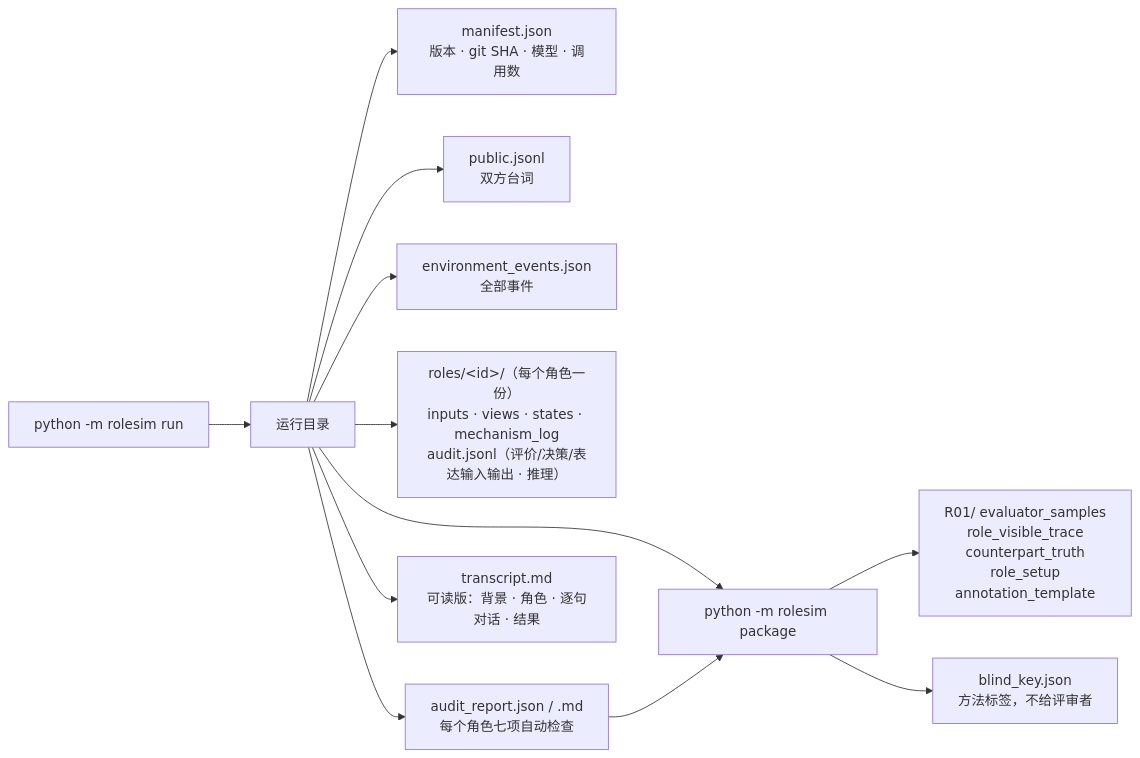
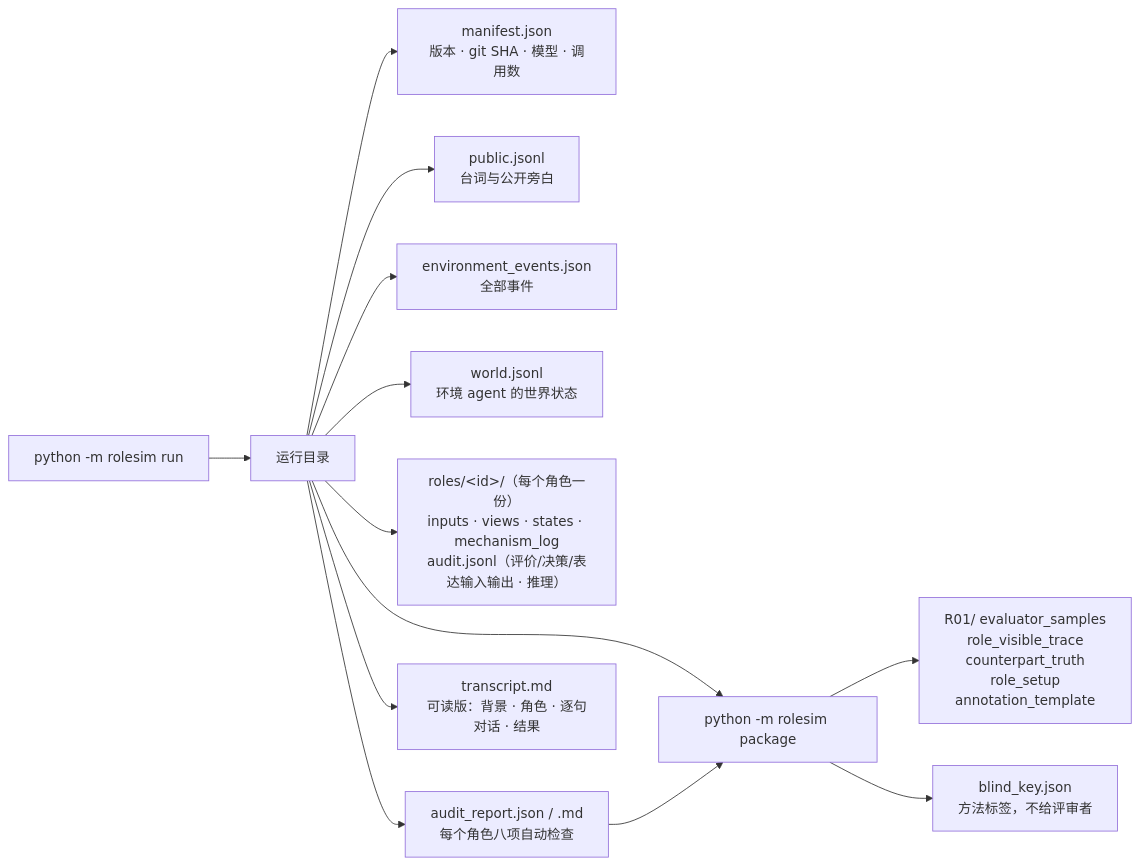
The fifth of 5 diagrams in docs/07-architecture.md (piersalei/RoleSimulationFramework), drawn with Mermaid before and after one commit. The commit also changed other lines of this file and 25 other files, not shown here.

````diff
--- a/docs/07-architecture.md
+++ b/docs/07-architecture.md
@@ -230,14 +238,15 @@
 ```mermaid
 flowchart LR
   RUNX["python -m rolesim run"] --> D["运行目录"]
   D --> F1["manifest.json<br/>版本 · git SHA · 模型 · 调用数"]
-  D --> F6["public.jsonl<br/>双方台词"]
+  D --> F6["public.jsonl<br/>台词与公开旁白"]
   D --> F7["environment_events.json<br/>全部事件"]
+  D --> F8["world.jsonl<br/>环境 agent 的世界状态"]
   D --> RD["roles/&lt;id&gt;/（每个角色一份）<br/>inputs · views · states · mechanism_log<br/>audit.jsonl（评价/决策/表达输入输出 · 推理）"]
-  D --> AR["audit_report.json / .md<br/>每个角色七项自动检查"]
+  D --> AR["audit_report.json / .md<br/>每个角色八项自动检查"]
   D --> TR["transcript.md<br/>可读版：背景 · 角色 · 逐句对话 · 结果"]
   D --> PK["python -m rolesim package"]
   AR --> PK
   PK --> P1["R01/ evaluator_samples<br/>role_visible_trace<br/>counterpart_truth<br/>role_setup<br/>annotation_template"]
   PK --> P2["blind_key.json<br/>方法标签，不给评审者"]
 ```
````
